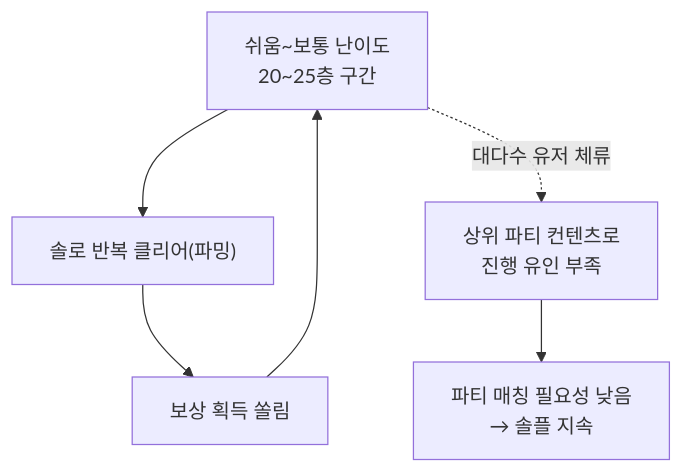
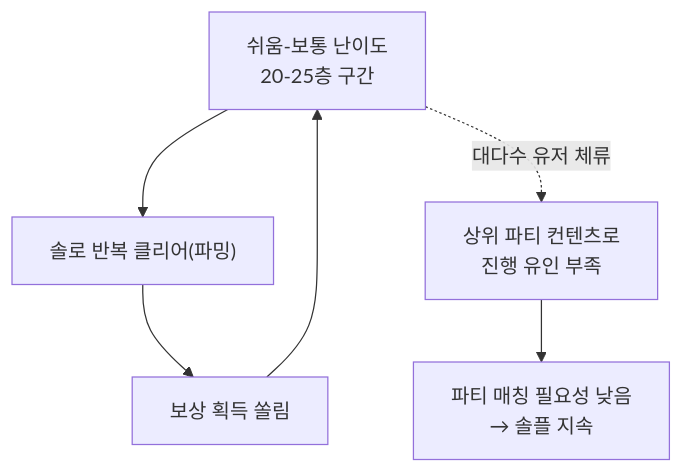
One commit to DBhyeong/DBhyeong.github.io changed the third of 3 diagrams in content/blog/solo-play-preference-party-content-balance.md. Above: the diagram before and after it, drawn with Mermaid. The commit also changed 6 other files, not shown here.

First line of the commit message:
fix(mermaid): 라벨 내 물결 2개가 취소선으로 파싱되는 버그 수정

````diff
--- a/content/blog/solo-play-preference-party-content-balance.md
+++ b/content/blog/solo-play-preference-party-content-balance.md
@@ -68,8 +68,8 @@
 ```mermaid
 flowchart TD
-  E1["쉬움~보통 난이도<br/>20~25층 구간"] --> Rep["솔로 반복 클리어(파밍)"]
+  E1["쉬움-보통 난이도<br/>20-25층 구간"] --> Rep["솔로 반복 클리어(파밍)"]
   Rep --> Rew["보상 획득 쏠림"]
   Rew --> E1
   E1 -.대다수 유저 체류.-> Stuck["상위 파티 컨텐츠로<br/>진행 유인 부족"]
   Stuck --> NoParty["파티 매칭 필요성 낮음<br/>→ 솔플 지속"]
 ```
````
